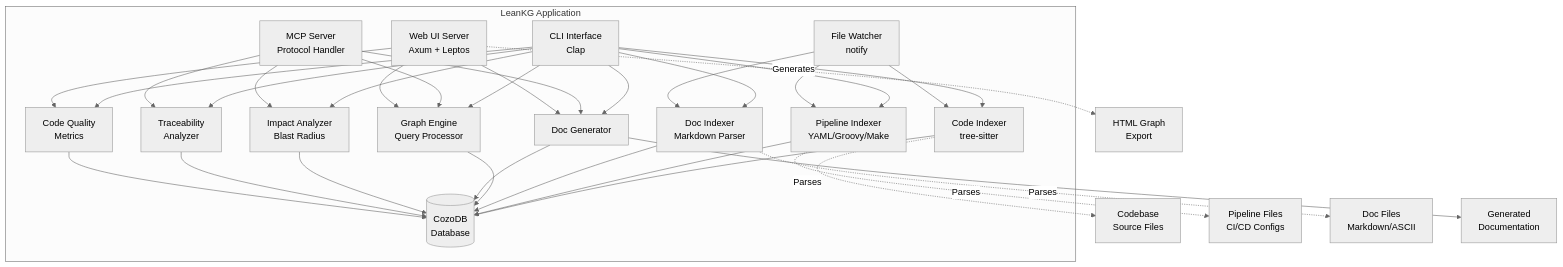
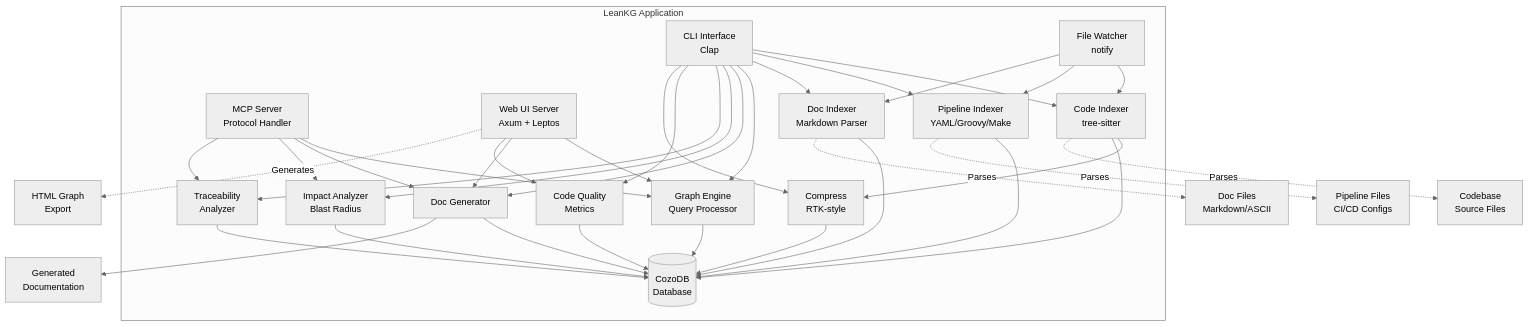
One commit to nkchuong1607/LeanKG changed the second of 13 diagrams in docs/design/hld-leankg.md. Above: the diagram before and after it, drawn with Mermaid (neutral theme). The commit also changed other lines of this file and 35 other files, not shown here.

First line of the commit message:
feat: add RTK-style compression for LeanKG CLI commands (#18)

````diff
--- a/docs/design/hld-leankg.md
+++ b/docs/design/hld-leankg.md
@@ -155,63 +164,68 @@
 ```mermaid
 graph TB
     subgraph "LeanKG Application"
         CLI[CLI Interface<br/>Clap]
         MCP[MCP Server<br/>Protocol Handler]
         Web[Web UI Server<br/>Axum + Leptos]
         
         Indexer[Code Indexer<br/>tree-sitter]
         PipeIdx[Pipeline Indexer<br/>YAML/Groovy/Make]
         DocIdx[Doc Indexer<br/>Markdown Parser]
         Graph[Graph Engine<br/>Query Processor]
         DocGen[Doc Generator]
         Watcher[File Watcher<br/>notify]
         Impact[Impact Analyzer<br/>Blast Radius]
         Trace[Traceability<br/>Analyzer]
         Qual[Code Quality<br/>Metrics]
-        
+        Compress[Compress<br/>RTK-style]
+
         DB[(CozoDB<br/>Database)]
-        
+
         CLI --> Indexer
         CLI --> PipeIdx
         CLI --> DocIdx
         CLI --> Graph
         CLI --> DocGen
         CLI --> Impact
         CLI --> Trace
         CLI --> Qual
+        CLI --> Compress
+
+        Indexer --> Compress
+        Compress --> DB
         
         MCP --> Graph
         MCP --> DocGen
         MCP --> Impact
         MCP --> Trace
         
         Web --> Graph
         Web --> DocGen
         Web --> Qual
         
         Indexer --> DB
         PipeIdx --> DB
         DocIdx --> DB
         Graph --> DB
         DocGen --> DB
         Impact --> DB
         Trace --> DB
         Qual --> DB
         Watcher --> Indexer
         Watcher --> PipeIdx
         Watcher --> DocIdx
     end
     
     Codebase[Codebase<br/>Source Files]
     PipeFiles[Pipeline Files<br/>CI/CD Configs]
     DocFiles[Doc Files<br/>Markdown/ASCII]
     Indexer -.->|Parses| Codebase
     PipeIdx -.->|Parses| PipeFiles
     DocIdx -.->|Parses| DocFiles
     
     Output[Generated<br/>Documentation]
     DocGen --> Output
     
     HTML[HTML Graph<br/>Export]
     Web -.->|Generates| HTML
 ```
````
